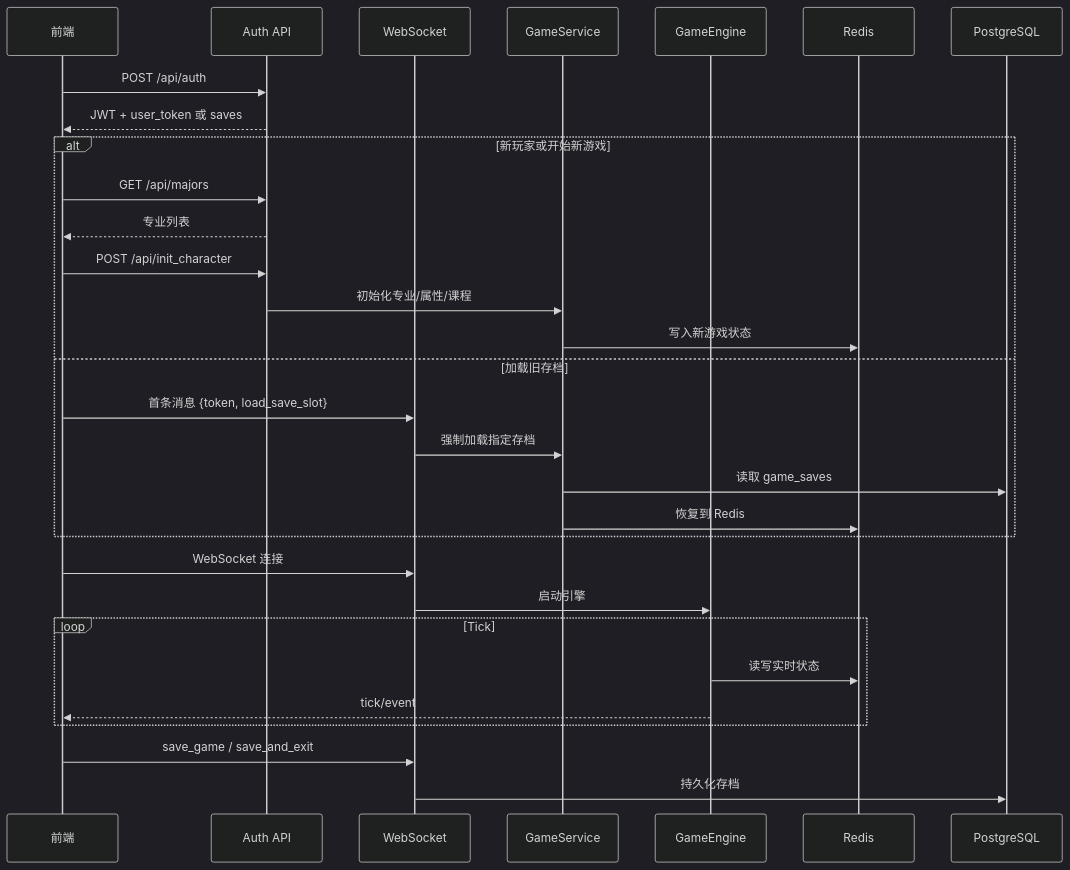
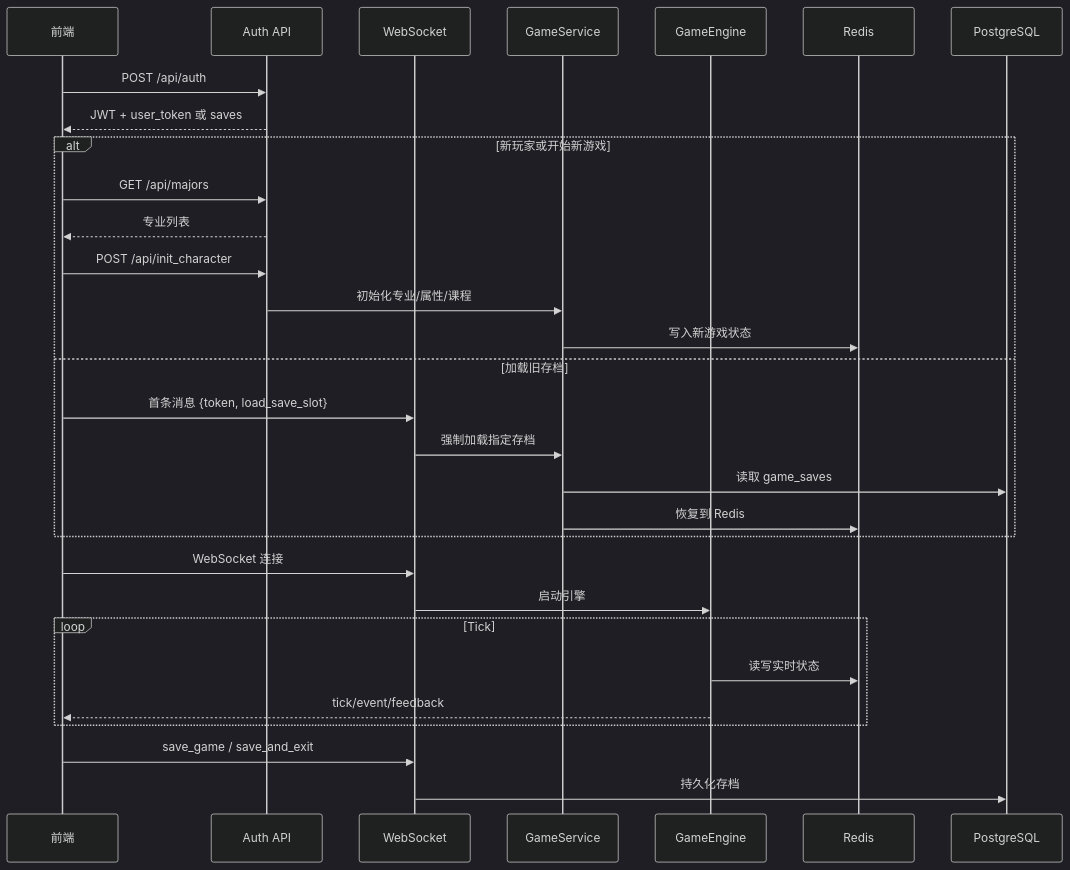
One commit to pirate-608/ZJUers_simulator changed the second of 2 diagrams in docs/dev/framework/backend_framework.md. Above: the diagram before and after it, drawn with Mermaid (dark theme). The commit also changed other lines of this file and 49 other files, not shown here.

````diff
--- a/docs/dev/framework/backend_framework.md
+++ b/docs/dev/framework/backend_framework.md
@@ -253,33 +261,33 @@
 ```mermaid
 sequenceDiagram
     participant C as 前端
     participant A as Auth API
     participant W as WebSocket
     participant G as GameService
     participant E as GameEngine
     participant R as Redis
     participant D as PostgreSQL
 
     C->>A: POST /api/auth
     A-->>C: JWT + user_token 或 saves
     alt 新玩家或开始新游戏
         C->>A: GET /api/majors
         A-->>C: 专业列表
         C->>A: POST /api/init_character
         A->>G: 初始化专业/属性/课程
         G->>R: 写入新游戏状态
     else 加载旧存档
         C->>W: 首条消息 {token, load_save_slot}
         W->>G: 强制加载指定存档
         G->>D: 读取 game_saves
         G->>R: 恢复到 Redis
     end
     C->>W: WebSocket 连接
     W->>E: 启动引擎
     loop Tick
         E->>R: 读写实时状态
-        E-->>C: tick/event
+        E-->>C: tick/event/feedback
     end
     C->>W: save_game / save_and_exit
     W->>D: 持久化存档
 ```
````
